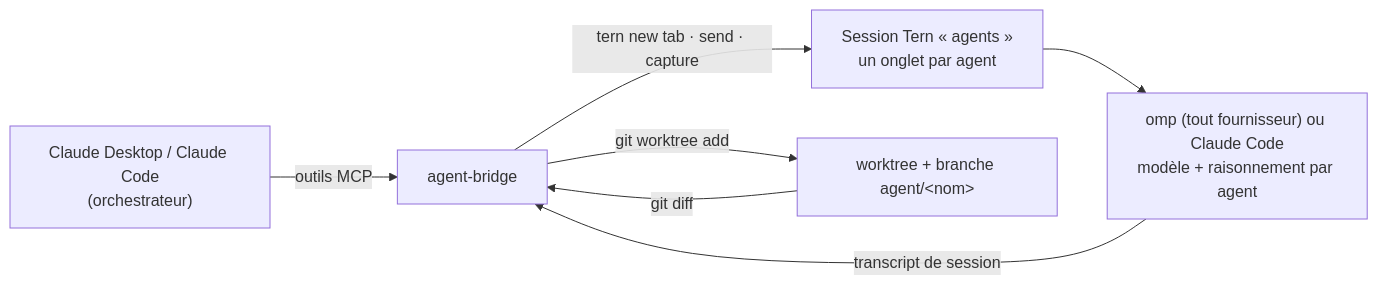
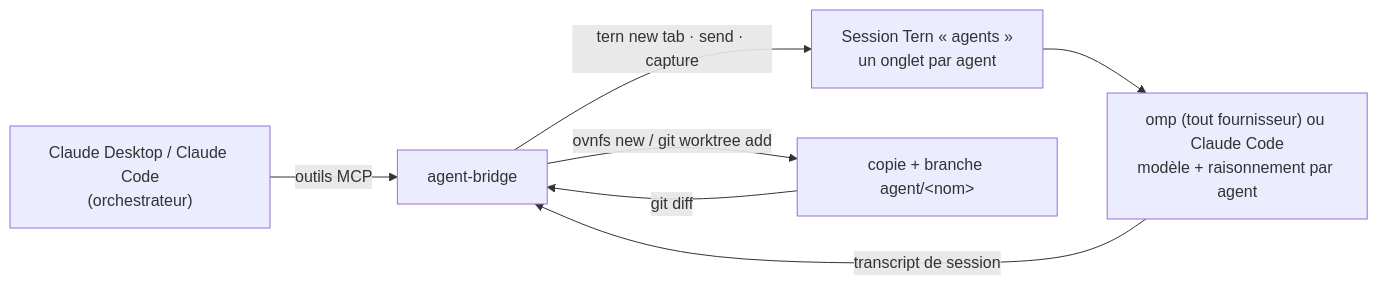
The diagram in README.fr.md (merlinh0/agent-bridge), drawn with Mermaid before and after one commit. The commit also changed other lines of this file and 9 other files, not shown here.

````diff
--- a/README.fr.md
+++ b/README.fr.md
@@ -9,9 +9,9 @@
 ```mermaid
 flowchart LR
   O["Claude Desktop / Claude Code<br/>(orchestrateur)"] -- outils MCP --> B["agent-bridge"]
   B -- "tern new tab · send · capture" --> T["Session Tern « agents »<br/>un onglet par agent"]
-  B -- "git worktree add" --> W["worktree + branche agent/&lt;nom&gt;"]
+  B -- "ovnfs new / git worktree add" --> W["copie + branche agent/&lt;nom&gt;"]
   T --> A["omp (tout fournisseur) ou Claude Code<br/>modèle + raisonnement par agent"]
   A -- "transcript de session" --> B
   W -- "git diff" --> B
 ```
````
